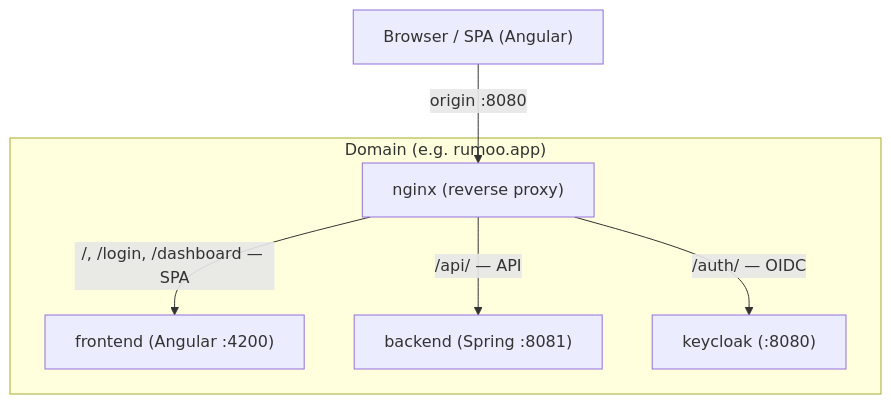
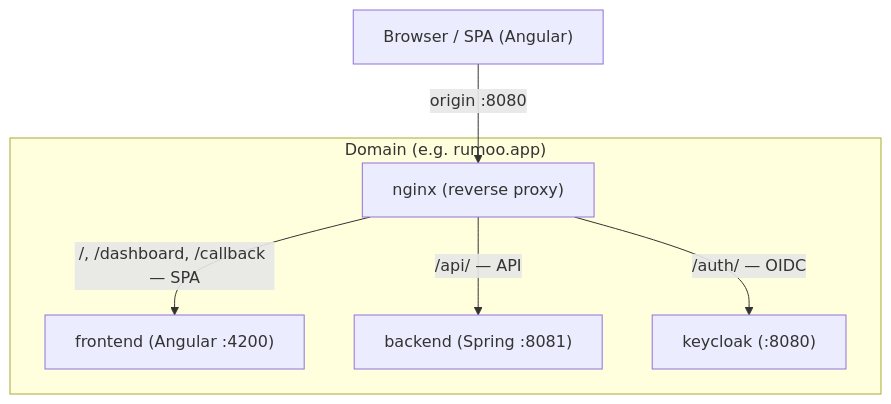
One commit to MatheusWith/Rumoo changed the first of 6 diagrams in docs/auth/authentication-authorization.md. Above: the diagram before and after it, drawn with Mermaid. The commit also changed other lines of this file and 20 other files, not shown here.

````diff
--- a/docs/auth/authentication-authorization.md
+++ b/docs/auth/authentication-authorization.md
@@ -95,10 +68,10 @@
 ```mermaid
 flowchart TD
     BROWSER["Browser / SPA (Angular)"] -->|"origin :8080"| NGINX["nginx (reverse proxy)"]
 
     subgraph DOM["Domain (e.g. rumoo.app)"]
-        NGINX -->|"/, /login, /dashboard — SPA"| FE["frontend (Angular :4200)"]
+        NGINX -->|"/, /dashboard, /callback — SPA"| FE["frontend (Angular :4200)"]
         NGINX -->|"/api/ — API"| BE["backend (Spring :8081)"]
         NGINX -->|"/auth/ — OIDC"| KC["keycloak (:8080)"]
     end
 ```
````
